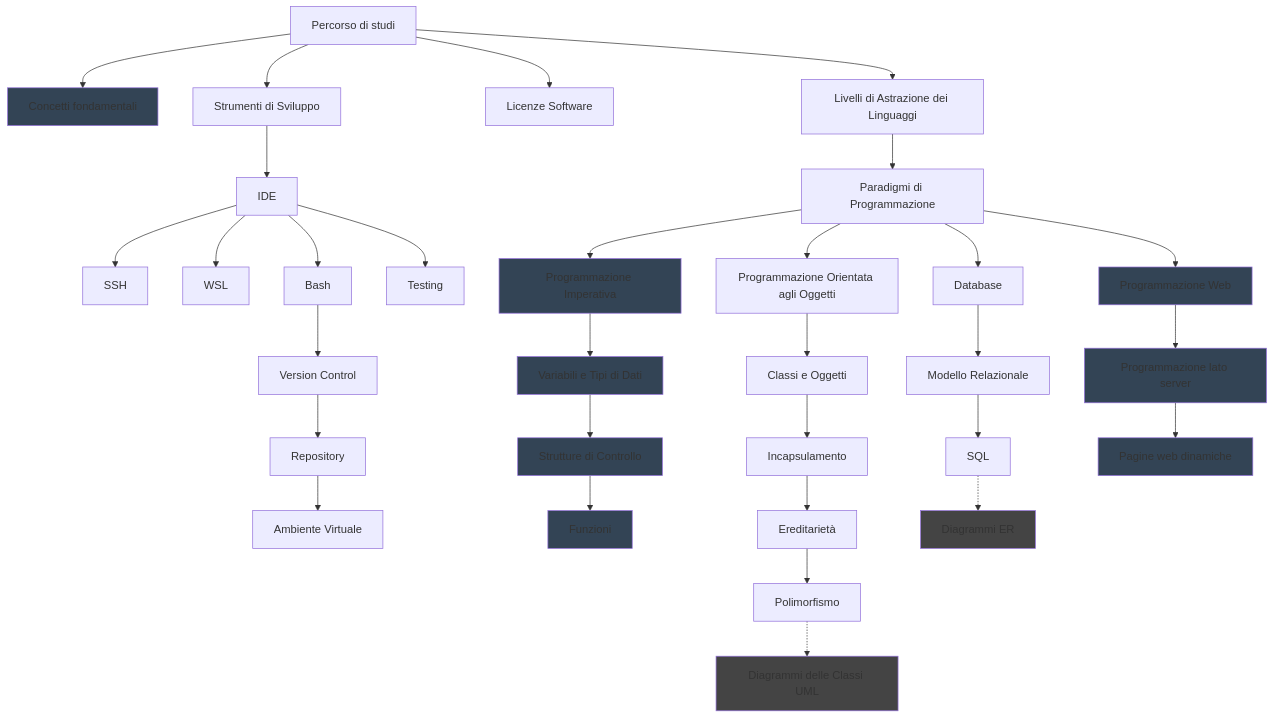
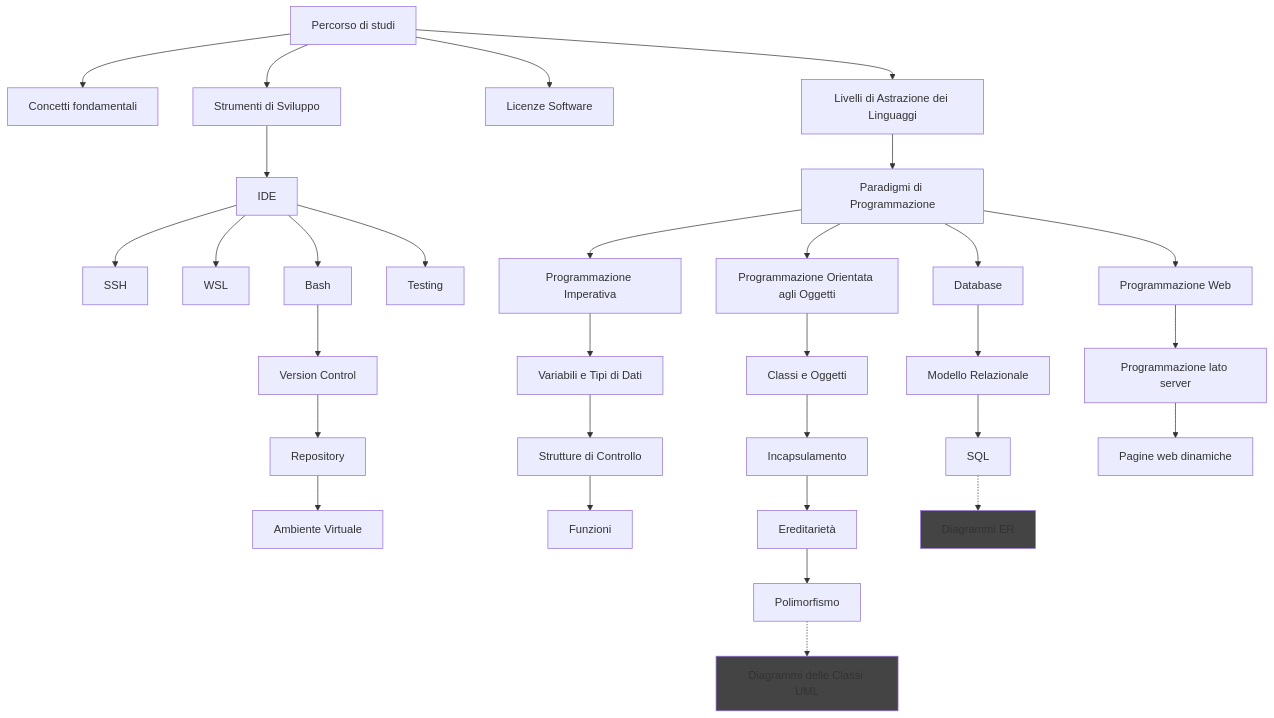
The diagram in teoria/_percorso_di_studi.md (MarcoArlotti/ssh_sync_5a), drawn with Mermaid before and after one commit. The commit also changed 199 other files, not shown here.

````diff
--- a/teoria/_percorso_di_studi.md
+++ b/teoria/_percorso_di_studi.md
@@ -3,56 +3,48 @@
 ```mermaid
 graph TD
     AB[Percorso di studi]
 
     AB --> AD
     AD[Concetti fondamentali]
-    style AD fill:#345
 
     AB --> A
     A[Strumenti di Sviluppo] --> B[IDE]
     B --> C[SSH]
     B --> D[WSL]
     B --> E[Bash]
     B --> I[Testing]
     E --> F[Version Control]
     F --> G[Repository]
     G --> H[Ambiente Virtuale]
 
     AB --> AC
     AC[Licenze Software]
 
     AB --> J
     J[Livelli di Astrazione dei Linguaggi] --> K[Paradigmi di Programmazione]
 
     K --> L[Programmazione Imperativa]
     L --> M[Variabili e Tipi di Dati]
     M --> N[Strutture di Controllo]
     N --> O[Funzioni]
-    style L fill:#345
-    style M fill:#345
-    style N fill:#345
-    style O fill:#345
 
     K --> P
     P[Programmazione Orientata agli Oggetti] --> Q[Classi e Oggetti]
     Q --> R[Incapsulamento]
     R --> S[Ereditarietà]
     S --> T[Polimorfismo]
     T .-> Z[Diagrammi delle Classi UML]
     style Z fill:#444
 
     K --> U
     U[Database] --> V[Modello Relazionale]
     V --> W[SQL]
     W .-> AA[Diagrammi ER]
     style AA fill:#444
 
     K --> AE
     AE[Programmazione Web] --> AF[Programmazione lato server]
     AF --> AG[Pagine web dinamiche]
-    style AE fill:#345
-    style AF fill:#345
-    style AG fill:#345
 
 
 ```
````
